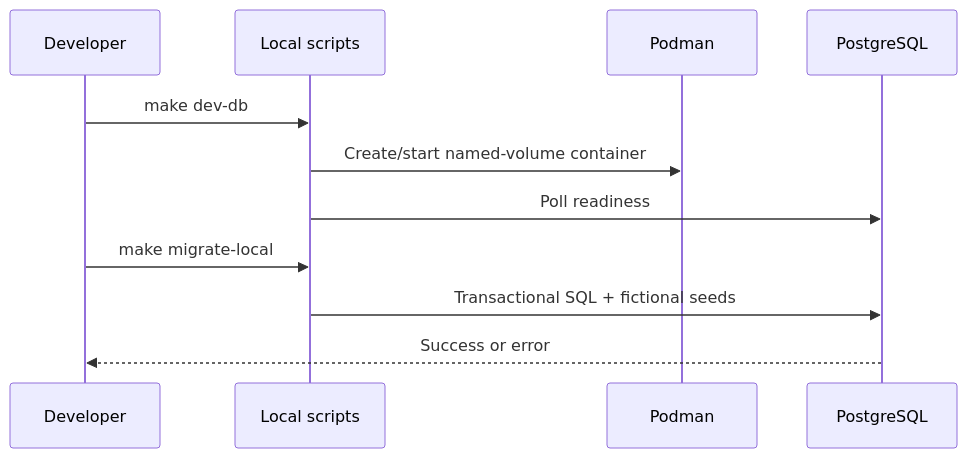
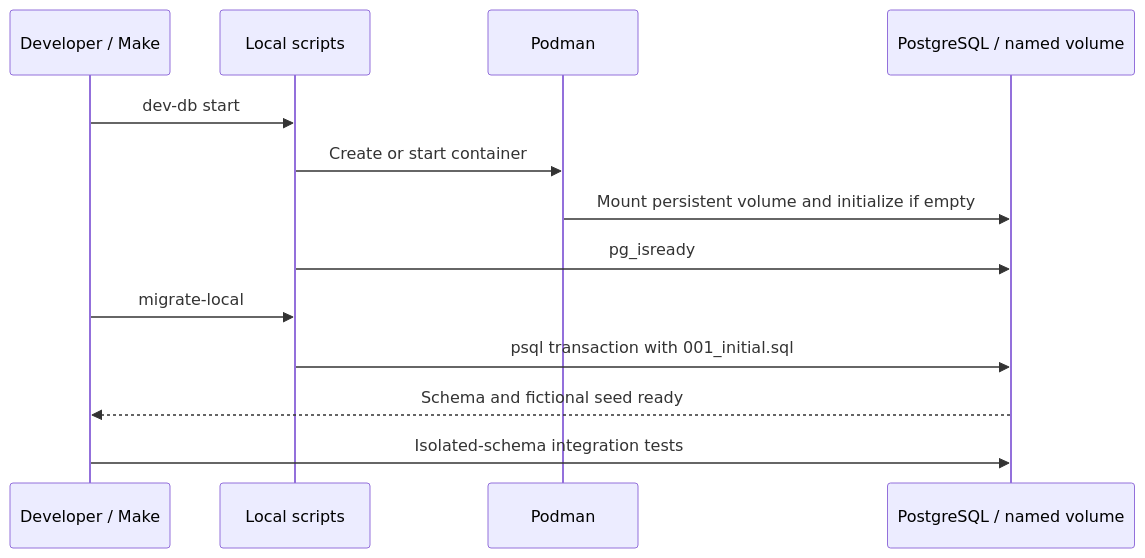
Before and after one commit to dilutedbrainjuice/courtflow: the diagram in buildDocs/buildDocs/CourtFlow/system-analysis/local-database.md, drawn with Mermaid. The commit also changed other lines of this file and 9 other files, not shown here.

````diff
--- a/buildDocs/buildDocs/CourtFlow/system-analysis/local-database.md
+++ b/buildDocs/buildDocs/CourtFlow/system-analysis/local-database.md
@@ -44,13 +56,15 @@
 ```mermaid
 sequenceDiagram
- participant O as Developer
- participant S as Local scripts
- participant P as Podman
- participant D as PostgreSQL
- O->>S: make dev-db
- S->>P: Create/start named-volume container
- S->>D: Poll readiness
- O->>S: make migrate-local
- S->>D: Transactional SQL + fictional seeds
- D-->>O: Success or error
+    participant O as Developer / Make
+    participant S as Local scripts
+    participant P as Podman
+    participant D as PostgreSQL / named volume
+    O->>S: dev-db start
+    S->>P: Create or start container
+    P->>D: Mount persistent volume and initialize if empty
+    S->>D: pg_isready
+    O->>S: migrate-local
+    S->>D: psql transaction with 001_initial.sql
+    D-->>O: Schema and fictional seed ready
+    O->>D: Isolated-schema integration tests
 ```
````
